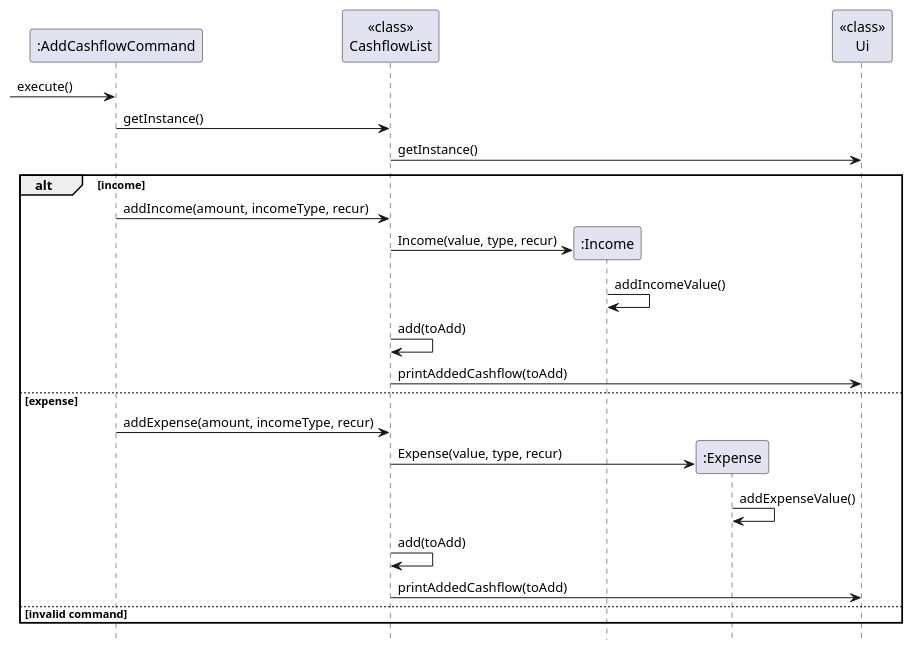
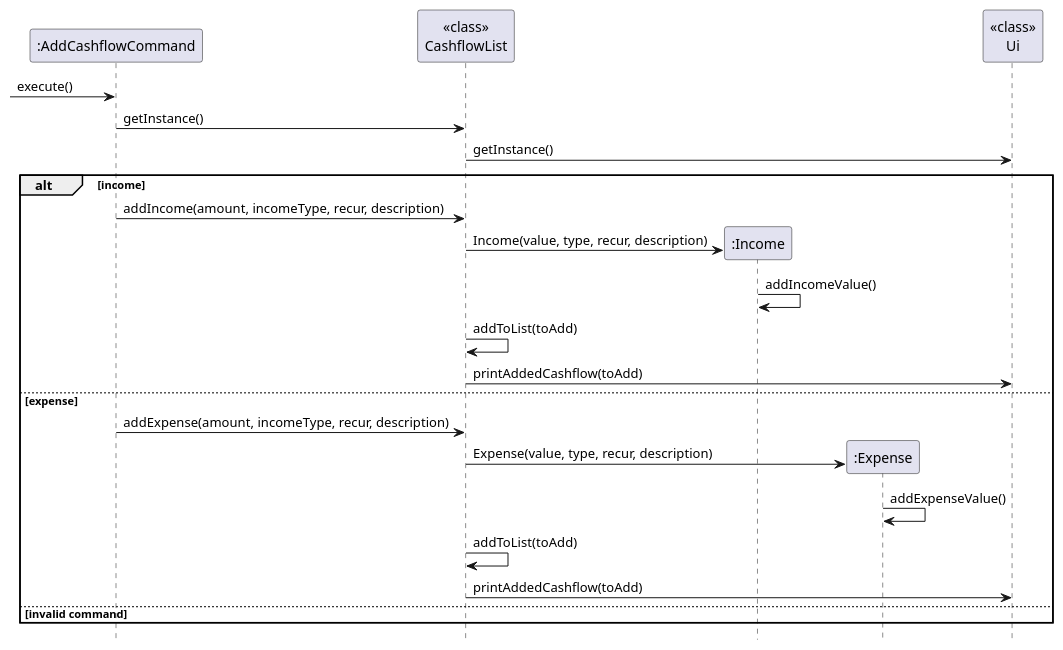
The diagram in docs/diagrams/AddCashflowSequence.puml (nus-cs2113-AY2324S1/tp), drawn with PlantUML before and after one commit.

Commit message:
Update sequence diagram methods

```diff
--- a/docs/diagrams/AddCashflowSequence.puml
+++ b/docs/diagrams/AddCashflowSequence.puml
@@ -1,31 +1,31 @@
 @startuml
 
 participant ":AddCashflowCommand" as AddCashflowCommand
 participant "<<class>>\nCashflowList" as CashflowList
 participant ":Income" as Income
 participant ":Expense" as Expense
 participant "<<class>>\nUi" as Ui
 
 -> AddCashflowCommand: execute()
 AddCashflowCommand -> CashflowList: getInstance()
 CashflowList -> Ui: getInstance()
 alt income
-    AddCashflowCommand -> CashflowList: addIncome(amount, incomeType, recur)
+    AddCashflowCommand -> CashflowList: addIncome(amount, incomeType, recur, description)
     create Income
-    CashflowList -> Income: Income(value, type, recur)
+    CashflowList -> Income: Income(value, type, recur, description)
     Income -> Income: addIncomeValue()
-    CashflowList -> CashflowList: add(toAdd)
+    CashflowList -> CashflowList: addToList(toAdd)
     CashflowList -> Ui: printAddedCashflow(toAdd)
 
 else expense
-    AddCashflowCommand -> CashflowList: addExpense(amount, incomeType, recur)
+    AddCashflowCommand -> CashflowList: addExpense(amount, incomeType, recur, description)
     create Expense
-    CashflowList -> Expense: Expense(value, type, recur)
+    CashflowList -> Expense: Expense(value, type, recur, description)
     Expense -> Expense: addExpenseValue()
-    CashflowList -> CashflowList: add(toAdd)
+    CashflowList -> CashflowList: addToList(toAdd)
     CashflowList -> Ui: printAddedCashflow(toAdd)
 else invalid command
 end
 
 hide footbox
 @enduml
```
